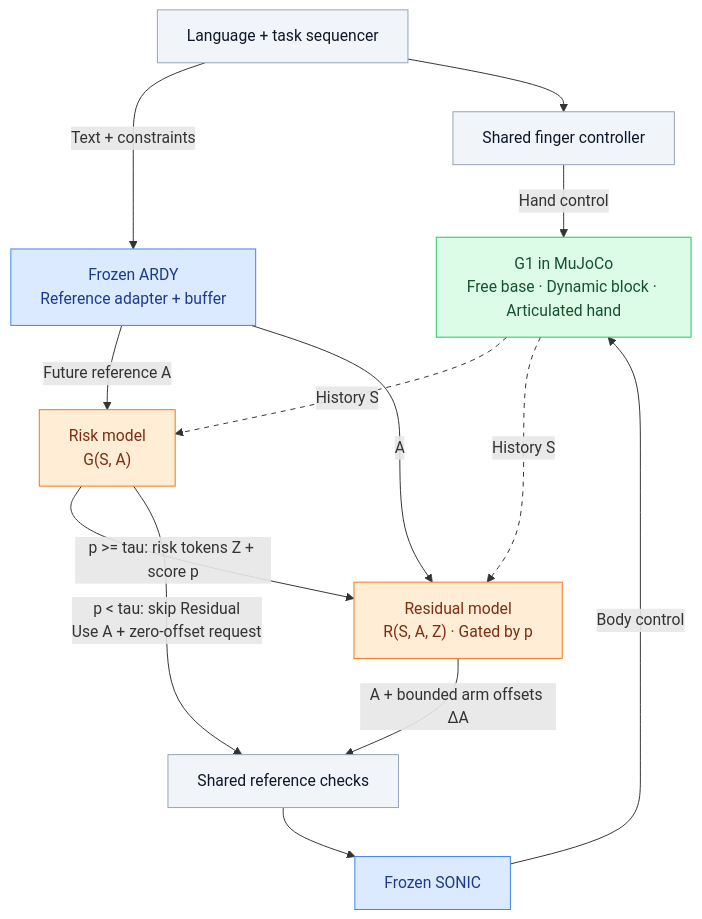
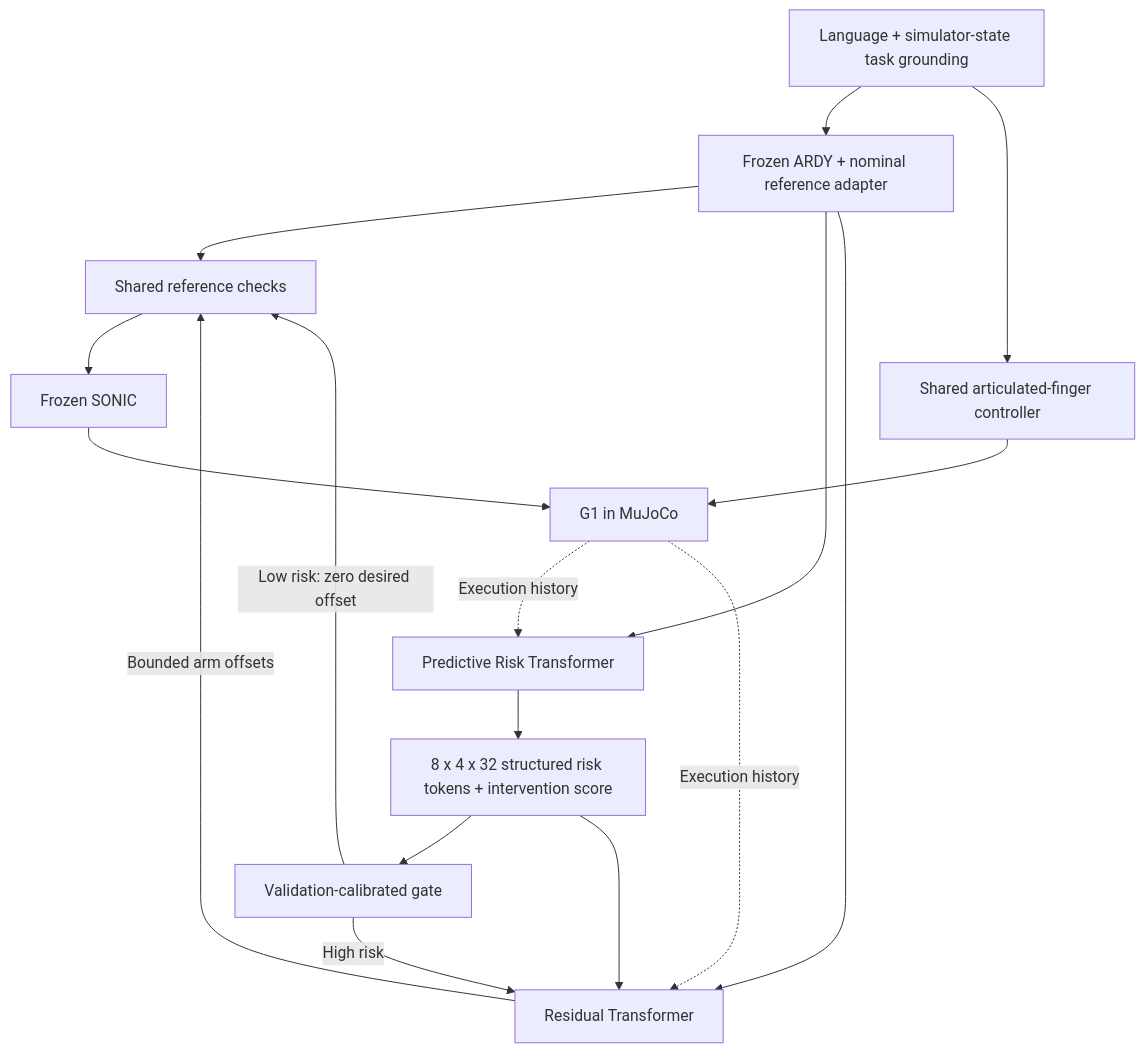
One commit to Peneplain/dl changed the second of 2 diagrams in README.md. Above: the diagram before and after it, drawn with Mermaid. The commit also changed other lines of this file and 21 other files, not shown here.

````diff
--- a/README.md
+++ b/README.md
@@ -107,28 +72,19 @@
 ```mermaid
 flowchart TB
-    G -.->|History S| R
-    G -.->|History S| D
-
-    Q["Language + task sequencer"] -->|Text + constraints| A["Frozen ARDY<br/>Reference adapter + buffer"]
-    A -->|Future reference A| R["Risk model<br/>G(S, A)"]
-    R -->|"p >= tau: risk tokens Z + score p"| D["Residual model<br/>R(S, A, Z) · Gated by p"]
-    A -->|A| D
-    D -->|A + bounded arm offsets ΔA| C["Shared reference checks"]
-    R -->|"p < tau: skip Residual<br/>Use A + zero-offset request"| C
-    C --> S["Frozen SONIC"]
-    S -->|Body control| G["G1 in MuJoCo<br/>Free base · Dynamic block · Articulated hand"]
-    Q --> H["Shared finger controller"]
-    H -->|Hand control| G
-
-    linkStyle 0 stroke-dasharray:5 5;
-    linkStyle 1 stroke-dasharray:5 5;
-
-    classDef shared fill:#f1f5f9,stroke:#94a3b8,color:#0f172a;
-    classDef frozen fill:#dbeafe,stroke:#3b82f6,color:#1e3a8a;
-    classDef learned fill:#ffedd5,stroke:#f97316,color:#7c2d12;
-    classDef sim fill:#dcfce7,stroke:#22c55e,color:#14532d;
-    class Q,C,H shared;
-    class A,S frozen;
-    class R,D learned;
-    class G sim;
+    T[Language + simulator-state task grounding] --> A[Frozen ARDY + nominal reference adapter]
+    A --> C[Shared reference checks]
+    A --> R[Predictive Risk Transformer]
+    G[G1 in MuJoCo] -. Execution history .-> R
+    R --> Z[8 x 4 x 32 structured risk tokens + intervention score]
+    Z --> V[Validation-calibrated gate]
+    V -->|High risk| P[Residual Transformer]
+    Z --> P
+    A --> P
+    G -. Execution history .-> P
+    P -->|Bounded arm offsets| C
+    V -->|Low risk: zero desired offset| C
+    C --> S[Frozen SONIC]
+    S --> G
+    T --> H[Shared articulated-finger controller]
+    H --> G
 ```
````
